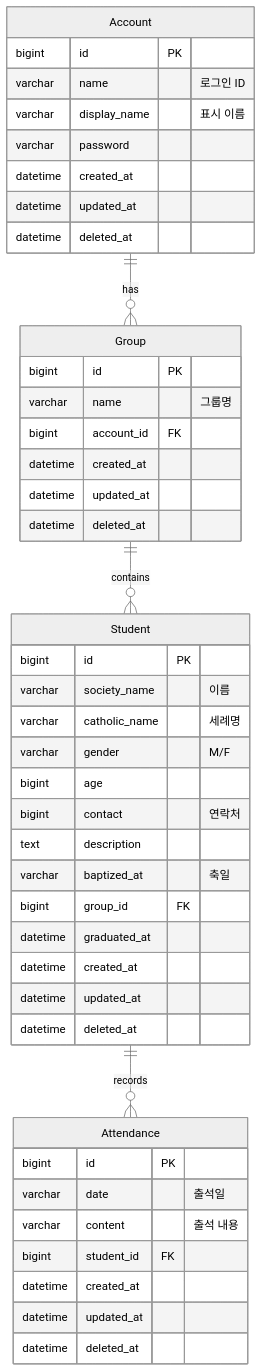
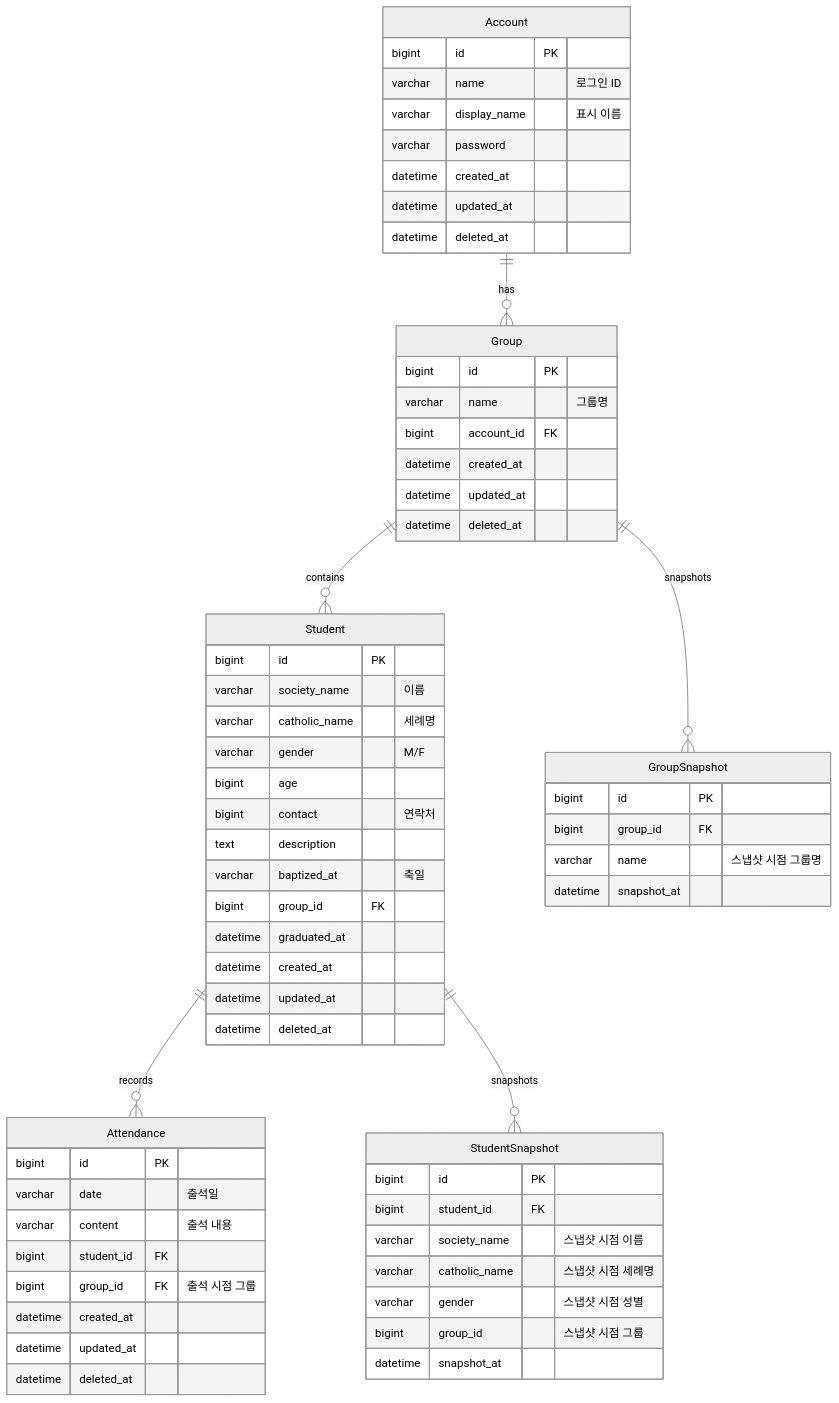
Before and after one commit to dc-choi/school-manage: the second of 2 diagrams in README.md, drawn with Mermaid (neutral theme). The commit also changed other lines of this file and 30 other files, not shown here.

````diff
--- a/README.md
+++ b/README.md
@@ -80,51 +80,71 @@
 ```mermaid
 erDiagram
     Account ||--o{ Group : has
     Group ||--o{ Student : contains
     Student ||--o{ Attendance : records
+    Student ||--o{ StudentSnapshot : snapshots
+    Group ||--o{ GroupSnapshot : snapshots
 
     Account {
         bigint id PK
         varchar name "로그인 ID"
         varchar display_name "표시 이름"
         varchar password
         datetime created_at
         datetime updated_at
         datetime deleted_at
     }
 
     Group {
         bigint id PK
         varchar name "그룹명"
         bigint account_id FK
         datetime created_at
         datetime updated_at
         datetime deleted_at
     }
 
     Student {
         bigint id PK
         varchar society_name "이름"
         varchar catholic_name "세례명"
         varchar gender "M/F"
         bigint age
         bigint contact "연락처"
         text description
         varchar baptized_at "축일"
         bigint group_id FK
         datetime graduated_at
         datetime created_at
         datetime updated_at
         datetime deleted_at
     }
 
     Attendance {
         bigint id PK
         varchar date "출석일"
         varchar content "출석 내용"
         bigint student_id FK
+        bigint group_id FK "출석 시점 그룹"
         datetime created_at
         datetime updated_at
         datetime deleted_at
     }
+
+    StudentSnapshot {
+        bigint id PK
+        bigint student_id FK
+        varchar society_name "스냅샷 시점 이름"
+        varchar catholic_name "스냅샷 시점 세례명"
+        varchar gender "스냅샷 시점 성별"
+        bigint group_id "스냅샷 시점 그룹"
+        datetime snapshot_at
+    }
+
+    GroupSnapshot {
+        bigint id PK
+        bigint group_id FK
+        varchar name "스냅샷 시점 그룹명"
+        datetime snapshot_at
+    }
 ```
````
